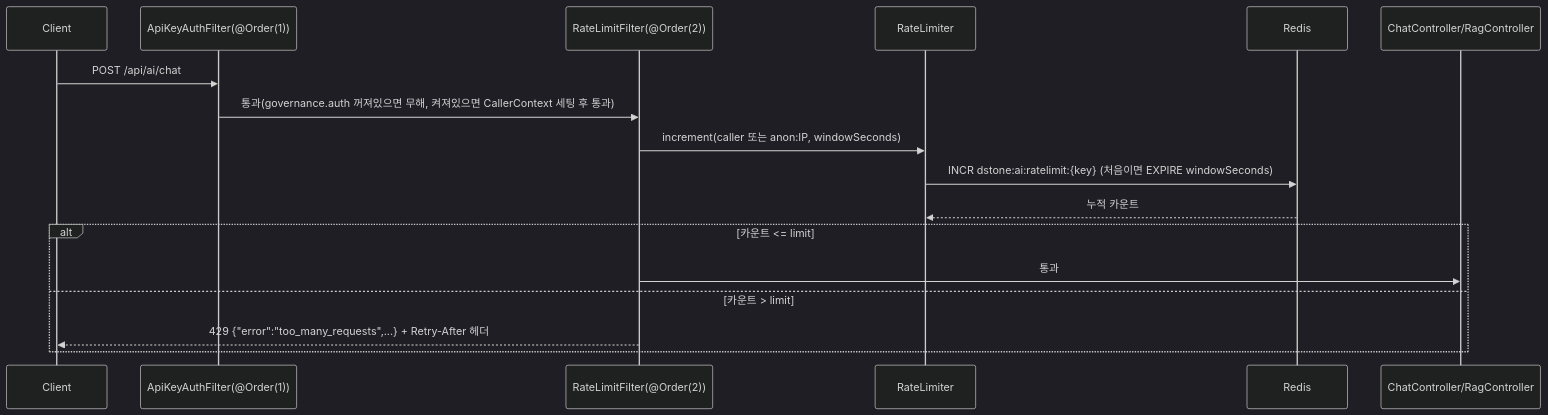
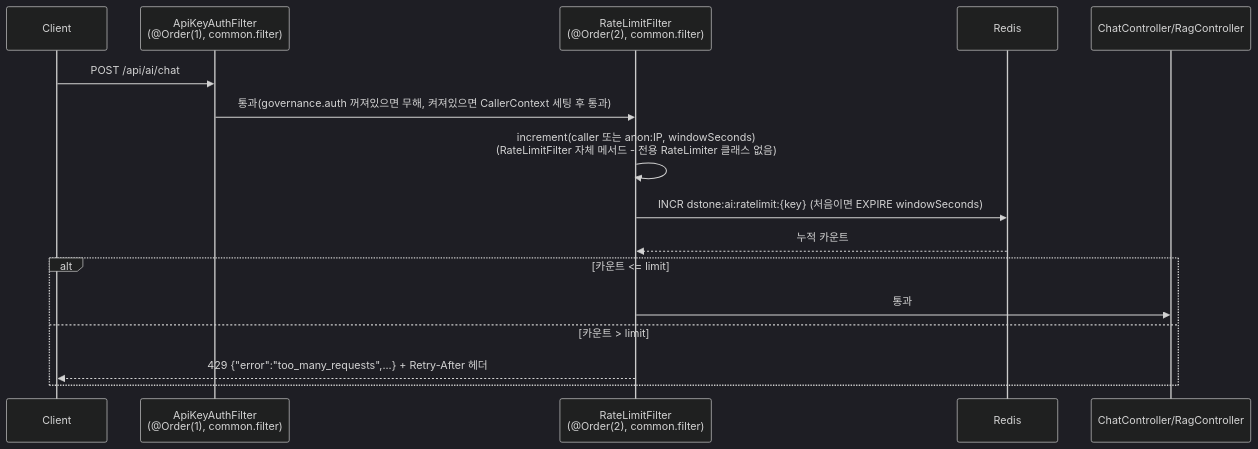
One commit to YongSoekChoeng/dstone changed diagram 15 of 16 in docs/09.dstone-ai-engine.md. Above: the diagram before and after it, drawn with Mermaid (dark theme). The commit also changed other lines of this file and 11 other files, not shown here.

````diff
--- a/docs/09.dstone-ai-engine.md
+++ b/docs/09.dstone-ai-engine.md
@@ -665,20 +670,19 @@
 ```mermaid
 sequenceDiagram
     participant Client
-    participant AuthF as ApiKeyAuthFilter(@Order(1))
-    participant RlF as RateLimitFilter(@Order(2))
-    participant RL as RateLimiter
+    participant AuthF as ApiKeyAuthFilter<br/>(@Order(1), common.filter)
+    participant RlF as RateLimitFilter<br/>(@Order(2), common.filter)
     participant Redis
     participant Ctrl as ChatController/RagController
 
     Client->>AuthF: POST /api/ai/chat
     AuthF->>RlF: 통과(governance.auth 꺼져있으면 무해, 켜져있으면 CallerContext 세팅 후 통과)
-    RlF->>RL: increment(caller 또는 anon:IP, windowSeconds)
-    RL->>Redis: INCR dstone:ai:ratelimit:{key} (처음이면 EXPIRE windowSeconds)
-    Redis-->>RL: 누적 카운트
+    RlF->>RlF: increment(caller 또는 anon:IP, windowSeconds)<br/>(RateLimitFilter 자체 메서드 - 전용 RateLimiter 클래스 없음)
+    RlF->>Redis: INCR dstone:ai:ratelimit:{key} (처음이면 EXPIRE windowSeconds)
+    Redis-->>RlF: 누적 카운트
     alt 카운트 <= limit
         RlF->>Ctrl: 통과
     else 카운트 > limit
         RlF-->>Client: 429 {"error":"too_many_requests",...} + Retry-After 헤더
     end
 ```
````
